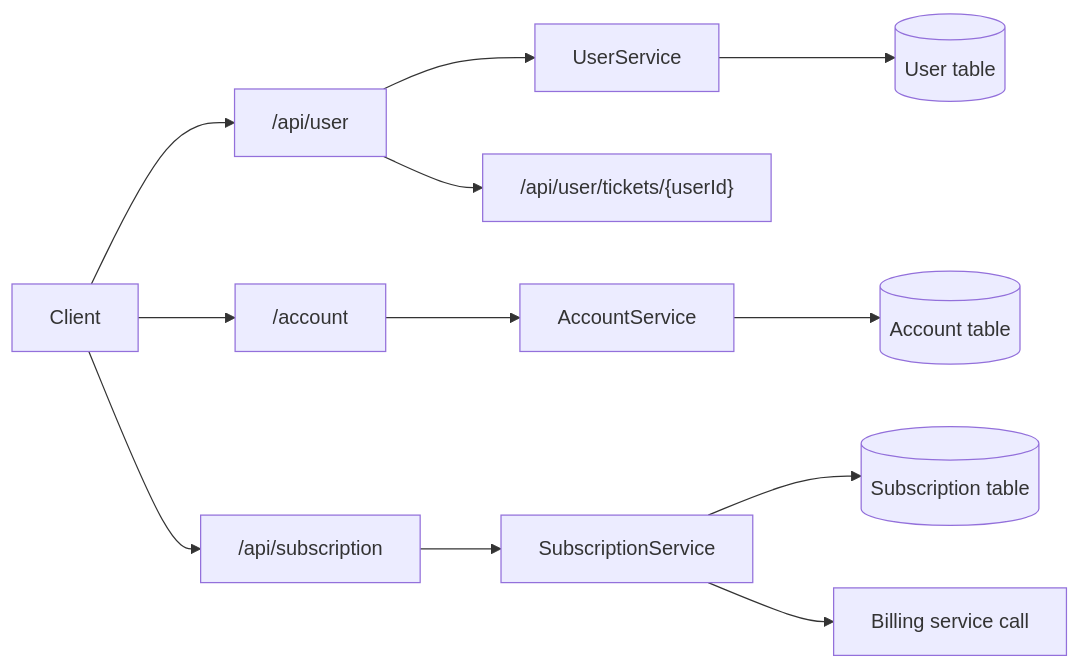
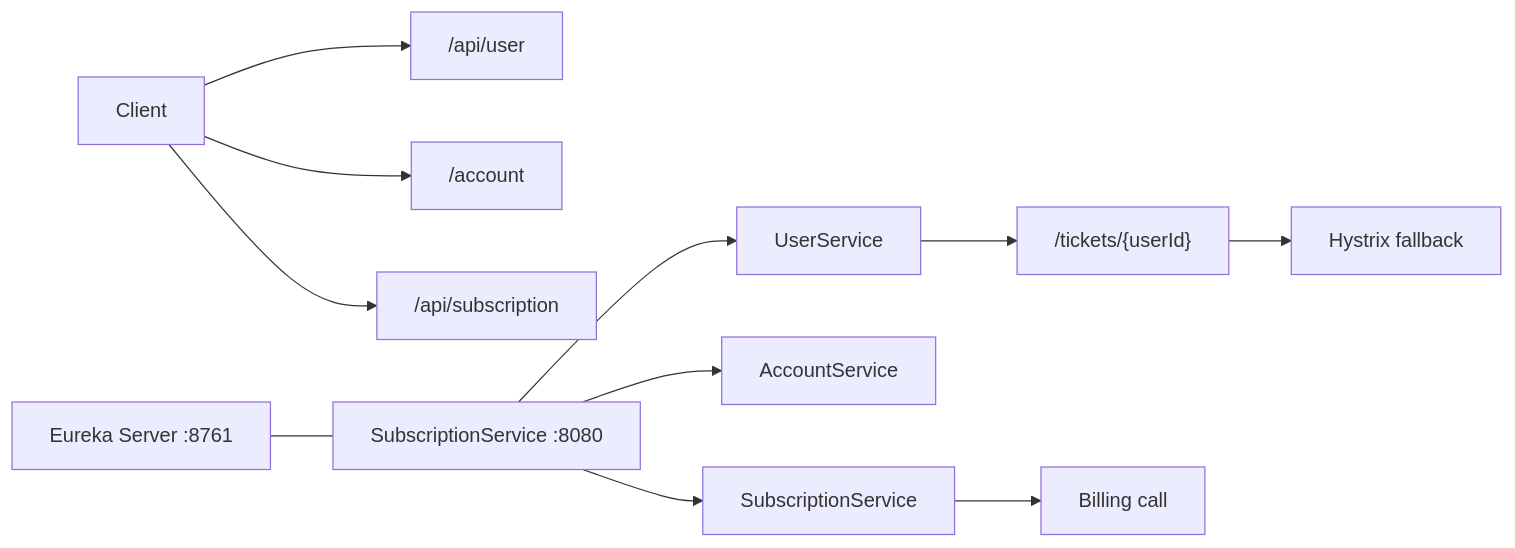
One commit to byte2code/telecom-subscription-service changed the diagram in README.md. Above: the diagram before and after it, drawn with Mermaid. The commit also changed other lines of this file and 9 other files, not shown here.

Commit message:
Publish Telecom Subscription Service v3.0.0

````diff
--- a/README.md
+++ b/README.md
@@ -204,17 +200,15 @@
 ```mermaid
 flowchart LR
     Client[Client] --> UserAPI["/api/user"]
     Client --> AccountAPI["/account"]
     Client --> SubAPI["/api/subscription"]
 
-    UserAPI --> UserService["UserService"]
-    AccountAPI --> AccountService["AccountService"]
-    SubAPI --> SubService["SubscriptionService"]
+    Eureka["Eureka Server :8761"] --- App["SubscriptionService :8080"]
+    App --> UserService["UserService"]
+    App --> AccountService["AccountService"]
+    App --> SubService["SubscriptionService"]
 
-    UserService --> UserDB[(User table)]
-    AccountService --> AccountDB[(Account table)]
-    SubService --> SubDB[(Subscription table)]
-
-    SubService --> Billing["Billing service call"]
-    UserAPI --> TicketAPI["/api/user/tickets/{userId}"]
+    UserService --> UserTickets["/tickets/{userId}"]
+    UserTickets --> Fallback["Hystrix fallback"]
+    SubService --> Billing["Billing call"]
 ```
````
